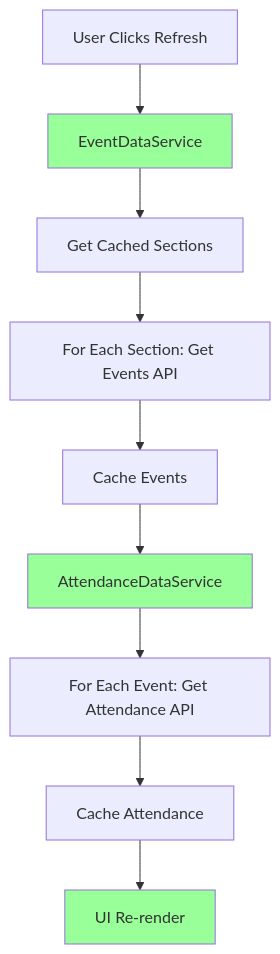
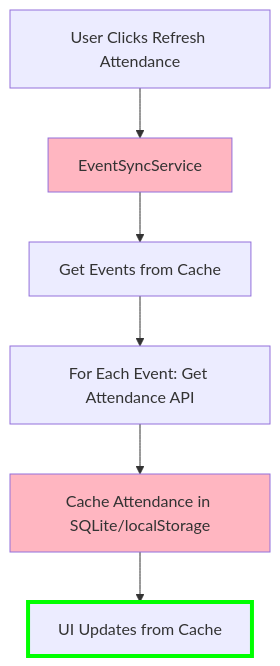
One commit to Walton-Viking-Scouts/VikingsEventMgmt changed the fourth of 4 diagrams in docs/architecture/sync-flow-comparison.md. Above: the diagram before and after it, drawn with Mermaid. The commit also changed other lines of this file and 5 other files, not shown here.

First line of the commit message:
docs: update architecture documentation for simplified data loading system

````diff
--- a/docs/architecture/sync-flow-comparison.md
+++ b/docs/architecture/sync-flow-comparison.md
@@ -49,15 +80,12 @@
 ```mermaid
 graph TD
-    A[User Clicks Refresh] --> B[EventDataService]
-    B --> C[Get Cached Sections]
-    C --> D[For Each Section: Get Events API]
-    D --> E[Cache Events]
-    E --> F[AttendanceDataService]
-    F --> G[For Each Event: Get Attendance API]
-    G --> H[Cache Attendance]
-    H --> I[UI Re-render]
+    A[User Clicks Refresh Attendance] --> B[EventSyncService]
+    B --> C[Get Events from Cache]
+    C --> D[For Each Event: Get Attendance API]
+    D --> E[Cache Attendance in SQLite/localStorage]
+    E --> F[UI Updates from Cache]
 
-    style B fill:#99ff99
-    style F fill:#99ff99
-    style I fill:#99ff99
+    style B fill:#FFB6C1
+    style E fill:#FFB6C1
+    style F stroke:#00ff00,stroke-width:4px
 ```
````
